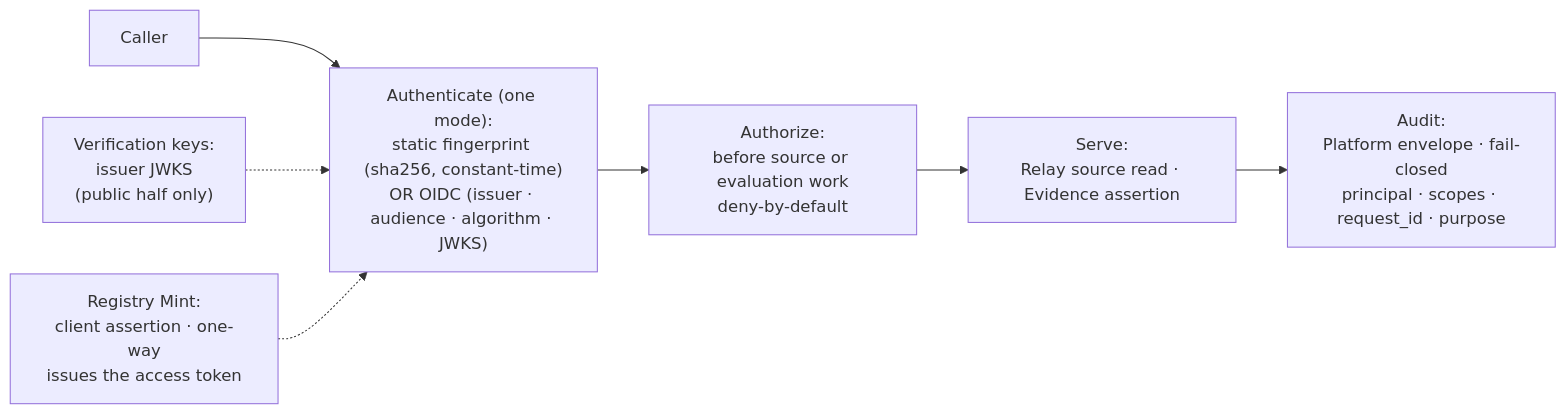
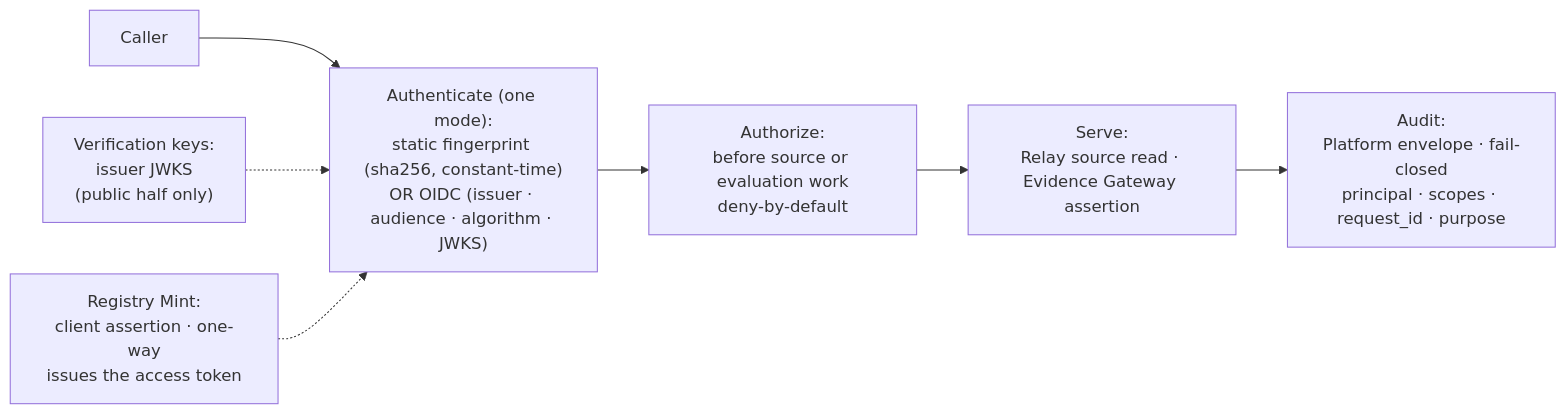
Before and after one commit to registrystack/registry-stack: the diagram in docs/site/src/content/docs/spec/rs-sec-g.mdx, drawn with Mermaid. The commit also changed other lines of this file and 98 other files, not shown here.

Commit message:
docs(evidence): reorganize Evidence Gateway guidance

````diff
--- a/docs/site/src/content/docs/spec/rs-sec-g.mdx
+++ b/docs/site/src/content/docs/spec/rs-sec-g.mdx
@@ -75,11 +75,11 @@
 ```mermaid
 flowchart LR
     caller["Caller"]
     authn["Authenticate (one mode):<br/>static fingerprint (sha256, constant-time)<br/>OR OIDC (issuer · audience · algorithm · JWKS)"]
     authz["Authorize:<br/>before source or evaluation work<br/>deny-by-default"]
-    serve["Serve:<br/>Relay source read · Evidence assertion"]
+    serve["Serve:<br/>Relay source read · Evidence Gateway assertion"]
     audit["Audit:<br/>Platform envelope · fail-closed<br/>principal · scopes · request_id · purpose"]
     caller --> authn --> authz --> serve --> audit
     keys["Verification keys:<br/>issuer JWKS<br/>(public half only)"] -.-> authn
     mint["Registry Mint:<br/>client assertion · one-way<br/>issues the access token"] -.-> authn
 ```
````
